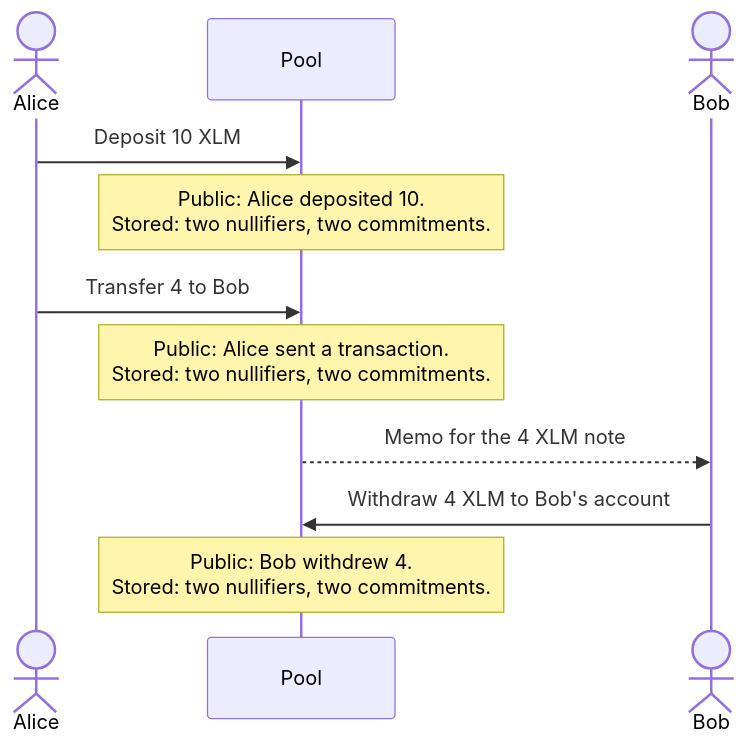
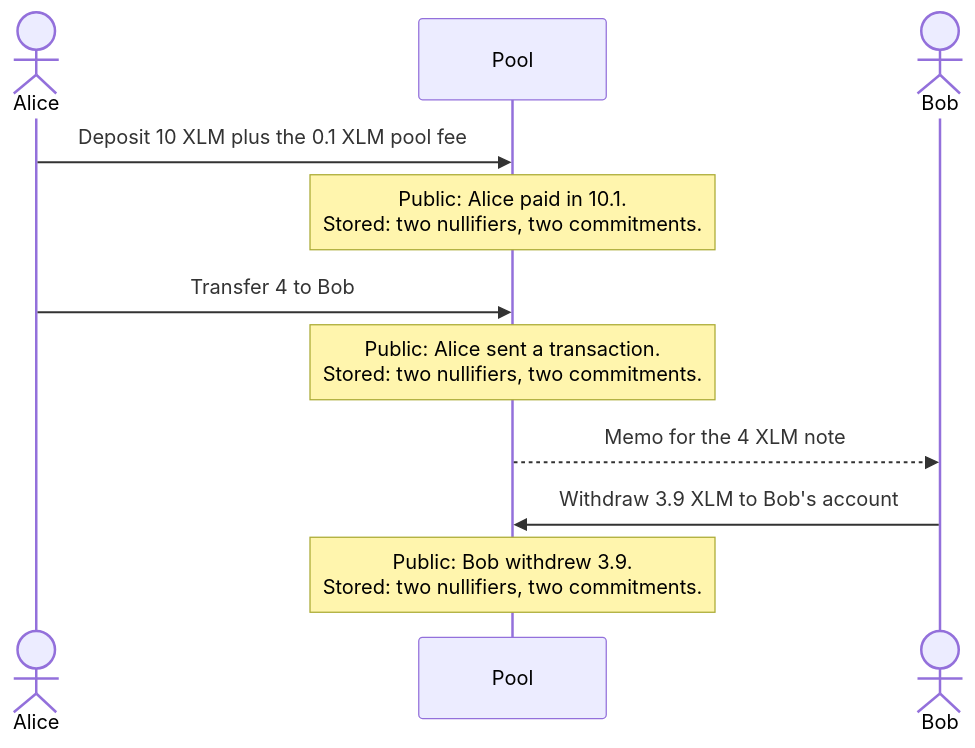
The diagram in docs/src/operator/how-a-pool-works.md (NethermindEth/stellar-private-payments), drawn with Mermaid before and after one commit. The commit also changed other lines of this file and 25 other files, not shown here.

First line of the commit message:
Charge a pool fee, with a minimum deposit and fee claims (#719)

````diff
--- a/docs/src/operator/how-a-pool-works.md
+++ b/docs/src/operator/how-a-pool-works.md
@@ -45,13 +51,13 @@
 ```mermaid
 sequenceDiagram
     actor Alice
     participant Pool
     actor Bob
-    Alice->>Pool: Deposit 10 XLM
-    Note over Pool: Public: Alice deposited 10.<br/>Stored: two nullifiers, two commitments.
+    Alice->>Pool: Deposit 10 XLM plus the 0.1 XLM pool fee
+    Note over Pool: Public: Alice paid in 10.1.<br/>Stored: two nullifiers, two commitments.
     Alice->>Pool: Transfer 4 to Bob
     Note over Pool: Public: Alice sent a transaction.<br/>Stored: two nullifiers, two commitments.
     Pool-->>Bob: Memo for the 4 XLM note
-    Bob->>Pool: Withdraw 4 XLM to Bob's account
-    Note over Pool: Public: Bob withdrew 4.<br/>Stored: two nullifiers, two commitments.
+    Bob->>Pool: Withdraw 3.9 XLM to Bob's account
+    Note over Pool: Public: Bob withdrew 3.9.<br/>Stored: two nullifiers, two commitments.
 ```
````
